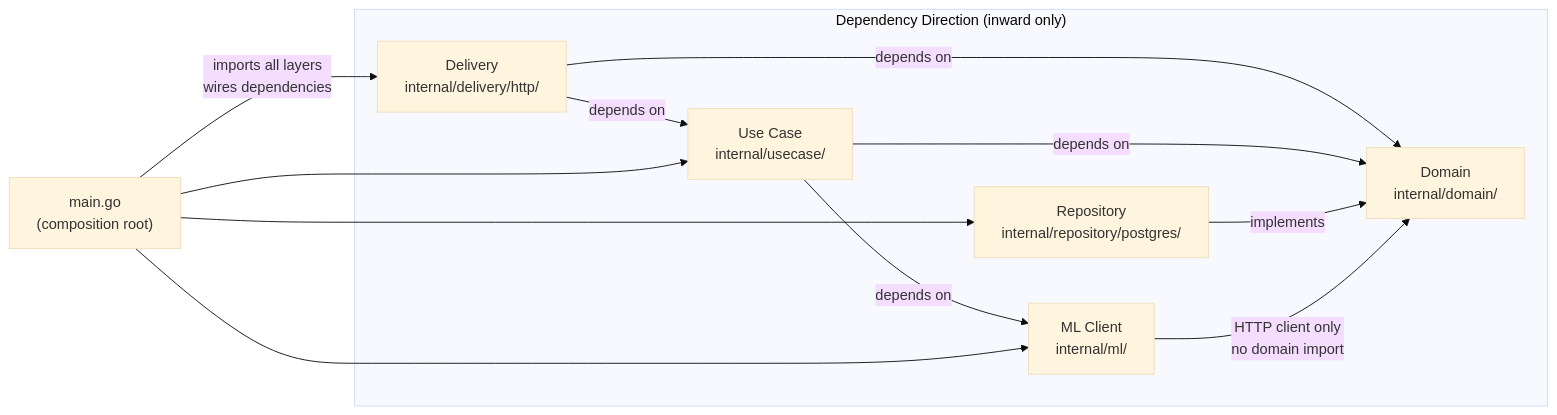
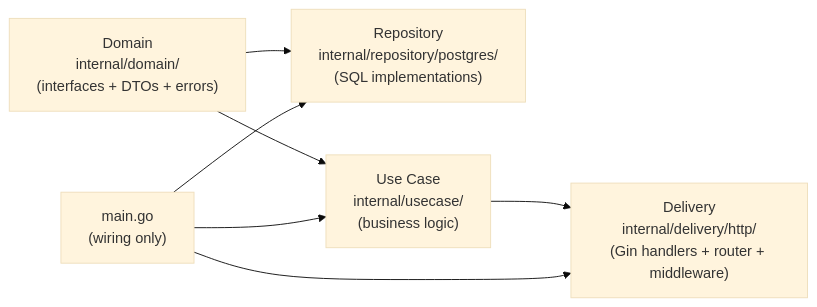
Before and after one commit to lewimb/financial-planning-golang: the second of 5 diagrams in docs/system-architecture.md, drawn with Mermaid (base theme). The commit also changed other lines of this file and 30 other files, not shown here.

Commit message:
docs: add documentation, OpenAPI specs, flowcharts, seeder tooling, and frontend guide

````diff
--- a/docs/system-architecture.md
+++ b/docs/system-architecture.md
@@ -87,22 +99,15 @@
 ```mermaid
-graph LR
-    subgraph "Dependency Direction (inward only)"
-        DEL["Delivery\ninternal/delivery/http/"]
-        UC["Use Case\ninternal/usecase/"]
-        REPO["Repository\ninternal/repository/postgres/"]
-        DOM["Domain\ninternal/domain/"]
-        ML_PKG["ML Client\ninternal/ml/"]
-    end
+flowchart LR
+    D["Domain\ninternal/domain/\n(interfaces + DTOs + errors)"]
+    R["Repository\ninternal/repository/postgres/\n(SQL implementations)"]
+    U["Use Case\ninternal/usecase/\n(business logic)"]
+    H["Delivery\ninternal/delivery/http/\n(Gin handlers + router + middleware)"]
+    M["main.go\n(wiring only)"]
 
-    DEL -->|"depends on"| UC
-    DEL -->|"depends on"| DOM
-    UC -->|"depends on"| DOM
-    UC -->|"depends on"| ML_PKG
-    REPO -->|"implements"| DOM
-    ML_PKG -->|"HTTP client only\nno domain import"| DOM
-
-    MAIN["main.go\n(composition root)"] -->|"imports all layers\nwires dependencies"| DEL
-    MAIN --> UC
-    MAIN --> REPO
-    MAIN --> ML_PKG
+    D --> R
+    D --> U
+    U --> H
+    M --> R
+    M --> U
+    M --> H
 ```
````
